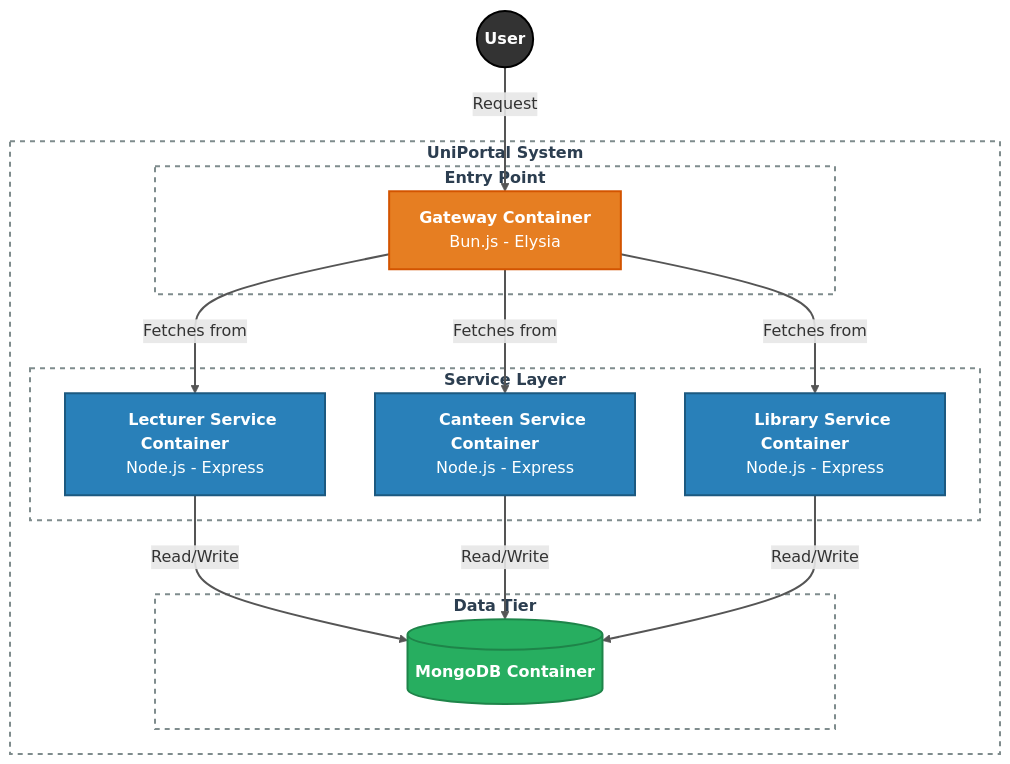
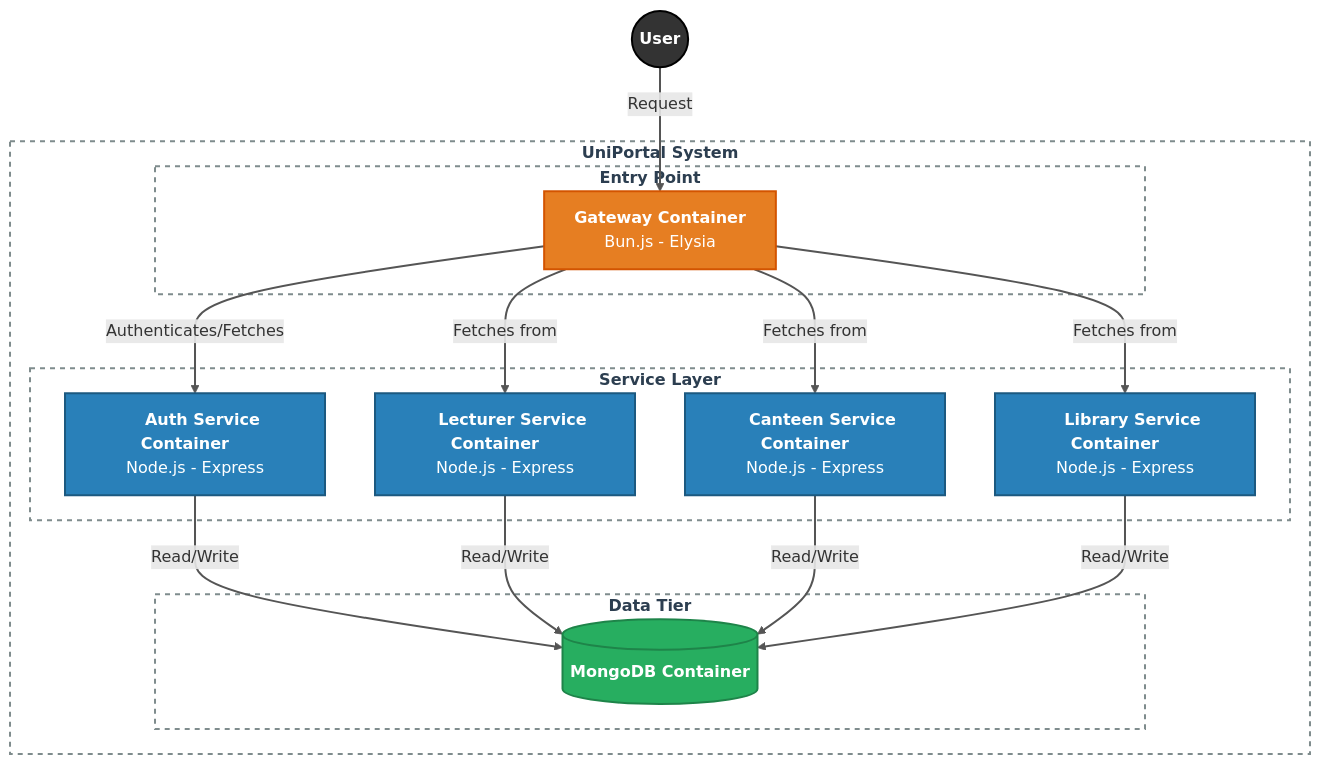
Before and after one commit to thaminuZs/uni-portal-microservices: the diagram in README.md, drawn with Mermaid.

Commit message:
md update 12

````diff
--- a/README.md
+++ b/README.md
@@ -3,49 +3,49 @@
 ```mermaid
 graph TD
     %% Class Definitions
     classDef userStyle fill:#333,stroke:#000,stroke-width:2px,color:#fff;
     classDef gatewayStyle fill:#E67E22,stroke:#D35400,stroke-width:2px,color:#fff;
     classDef serviceStyle fill:#2980B9,stroke:#1C5980,stroke-width:2px,color:#fff;
     classDef dbStyle fill:#27AE60,stroke:#1E8449,stroke-width:2px,color:#fff;
     classDef boundaryStyle fill:#ffffff,stroke:#7F8C8D,stroke-width:2px,stroke-dasharray: 5 5,color:#2C3E50;
 
     %% External User
     User((<b>User</b>)):::userStyle
 
     subgraph SystemBoundary ["<b>UniPortal System</b>"]
         
         subgraph Layer1 ["<b>Entry Point</b>"]
             Gateway["<b>Gateway Container</b><br>Bun.js - Elysia"]:::gatewayStyle
         end
 
         subgraph Layer2 ["<b>Service Layer</b>"]
-            %% Padded with &nbsp; to ensure uniform box sizing
+            Auth["&nbsp;&nbsp;&nbsp;&nbsp;<b>Auth Service Container</b>&nbsp;&nbsp;&nbsp;&nbsp;<br>Node.js - Express"]:::serviceStyle
             Lecturer["&nbsp;&nbsp;&nbsp;&nbsp;<b>Lecturer Service Container</b>&nbsp;&nbsp;&nbsp;&nbsp;<br>Node.js - Express"]:::serviceStyle
             Canteen["&nbsp;&nbsp;&nbsp;&nbsp;<b>Canteen Service Container</b>&nbsp;&nbsp;&nbsp;&nbsp;<br>Node.js - Express"]:::serviceStyle
             Library["&nbsp;&nbsp;&nbsp;&nbsp;<b>Library Service Container</b>&nbsp;&nbsp;&nbsp;&nbsp;<br>Node.js - Express"]:::serviceStyle
         end
 
         subgraph Layer3 ["<b>Data Tier</b>"]
             DB[("<b>MongoDB Container</b>")]:::dbStyle
         end
     end
 
     %% Communication Flow
     User -- "Request" --> Gateway
     
+    Gateway -- "Authenticates/Fetches" --> Auth
     Gateway -- "Fetches from" --> Lecturer
     Gateway -- "Fetches from" --> Canteen
     Gateway -- "Fetches from" --> Library
 
+    Auth -- "Read/Write" --> DB
     Lecturer -- "Read/Write" --> DB
     Canteen -- "Read/Write" --> DB
     Library -- "Read/Write" --> DB
 
     %% Apply Style to Boundaries
     class SystemBoundary,Layer1,Layer2,Layer3 boundaryStyle
 
-    %% FORCING ARROW VISIBILITY:
-    %% This styles all lines to be thicker and dark gray/black to stand out against white backgrounds
-    %% and remain visible on GitHub's dark mode.
+    %% FORCING ARROW VISIBILITY
     linkStyle default stroke:#555,stroke-width:2px;
 ```
````
